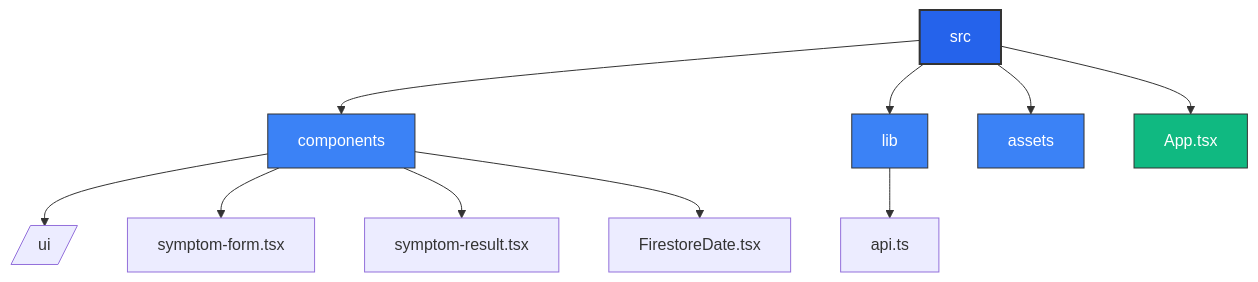
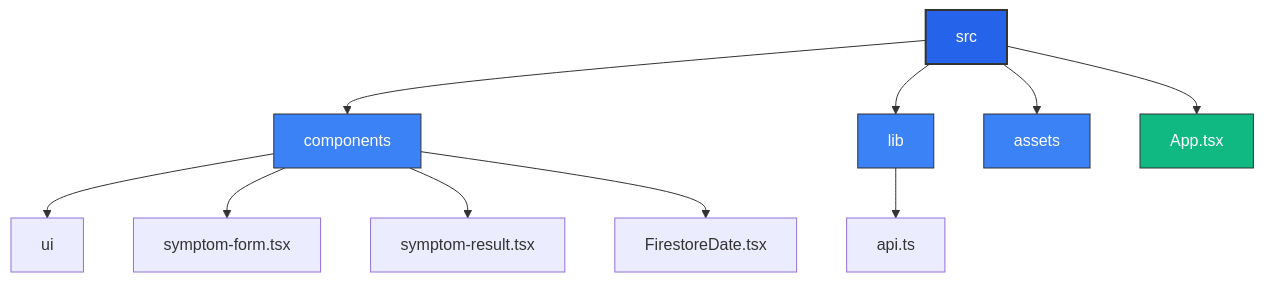
One commit to M1zukodm/prueba-romi changed the diagram in README.md. Above: the diagram before and after it, drawn with Mermaid.

````diff
--- a/README.md
+++ b/README.md
@@ -47,21 +47,22 @@
 ```mermaid
 graph TD
     A[src] --> B[components]
     A --> C[lib]
     A --> D[assets]
     A --> E[App.tsx]
     
-    B --> B1[/ui/]
+    B --> B1[ui]
     B --> B2[symptom-form.tsx]
     B --> B3[symptom-result.tsx]
     B --> B4[FirestoreDate.tsx]
     
     C --> C1[api.ts]
     
-    style A fill:#2563eb,stroke:#333,stroke-width:2px,color:#fff
-    style B fill:#3b82f6,stroke:#333,color:#fff
-    style C fill:#3b82f6,stroke:#333,color:#fff
-    style D fill:#3b82f6,stroke:#333,color:#fff
-    style E fill:#10b981,stroke:#333,color:#fff
-
- ```
+    classDef primary fill:#2563eb,stroke:#333,stroke-width:2px,color:#fff
+    classDef secondary fill:#3b82f6,stroke:#333,color:#fff
+    classDef success fill:#10b981,stroke:#333,color:#fff
+    
+    class A primary
+    class B,C,D secondary
+    class E success
+```
````
